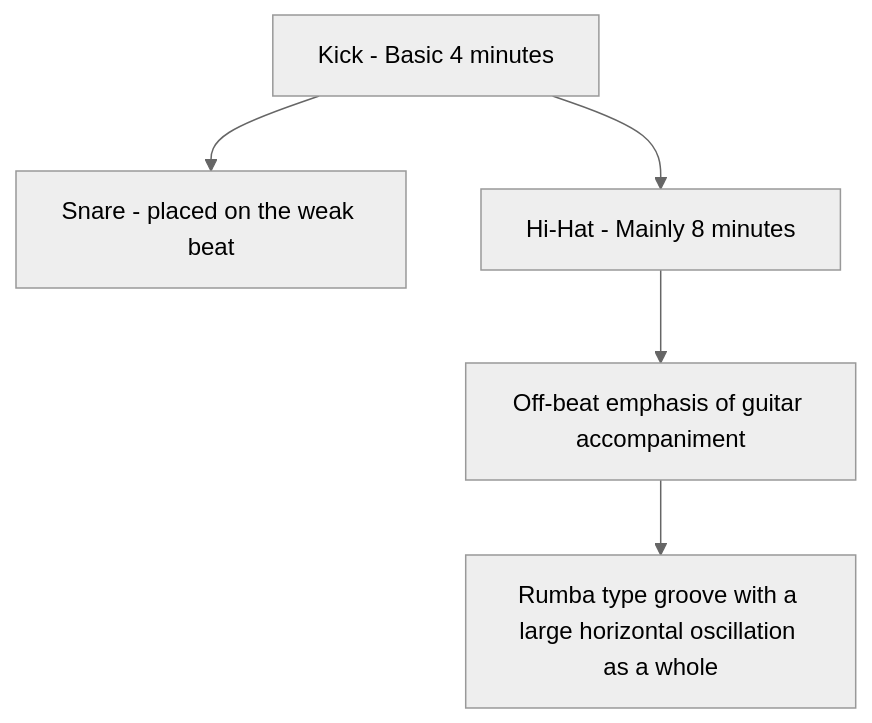
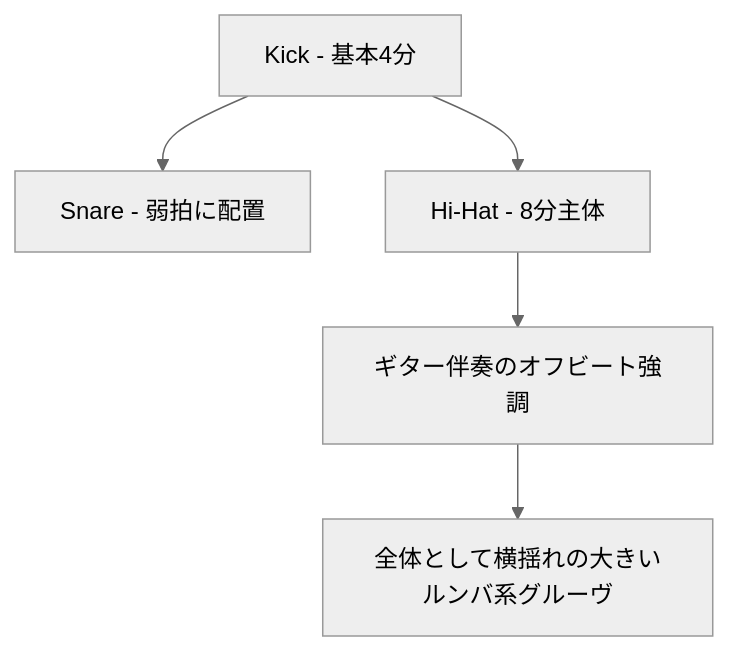
Before and after one commit to monumental-movement/monumental-movement.github.io: the first of 5 diagrams in en/_posts/2025-11-19-column-orchestre-veve.md, drawn with Mermaid (neutral theme). The commit also changed other lines of this file and 2196 other files, not shown here.

```diff
--- a/en/_posts/2025-11-19-column-orchestre-veve.md
+++ b/en/_posts/2025-11-19-column-orchestre-veve.md
@@ -137,9 +136,9 @@
 <div class="mermaid">
 
 graph TD
-    A[Kick - Basic 4 minutes] --> B[Snare - placed on the weak beat]
-    A --> C[Hi-Hat - Mainly 8 minutes]
-    C --> D[Off-beat emphasis of guitar accompaniment]
-    D --> E[Rumba type groove with a large horizontal oscillation as a whole]
+    A[Kick - 基本4分] --> B[Snare - 弱拍に配置]
+    A --> C[Hi-Hat - 8分主体]
+    C --> D[ギター伴奏のオフビート強調]
+    D --> E[全体として横揺れの大きいルンバ系グルーヴ]
 
 </div>
```
